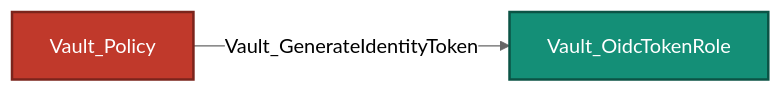
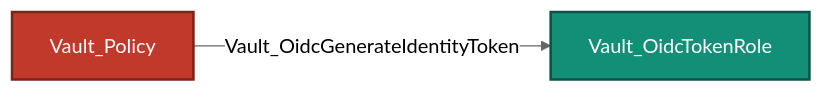
Before and after one commit to bytewreck/opengraph-vault: the seventh of 13 diagrams in Documentation/stores/IDENTITY.md, drawn with Mermaid (neutral theme). The commit also changed other lines of this file and 6 other files, not shown here.

````diff
--- a/Documentation/stores/IDENTITY.md
+++ b/Documentation/stores/IDENTITY.md
@@ -470,7 +393,7 @@
 ```mermaid
 flowchart LR
-    policy[Vault_Policy]:::policyNode -->|Vault_GenerateIdentityToken| role[Vault_OidcTokenRole]:::oidcTokenRoleNode
+    policy[Vault_Policy]:::policyNode -->|Vault_OidcGenerateIdentityToken| role[Vault_OidcTokenRole]:::oidcTokenRoleNode
 
     classDef policyNode fill:#C0392B,color:#fff,stroke:#7B241C,stroke-width:2px
     classDef oidcTokenRoleNode fill:#148F77,color:#fff,stroke:#0B5345,stroke-width:2px
 ```
````
